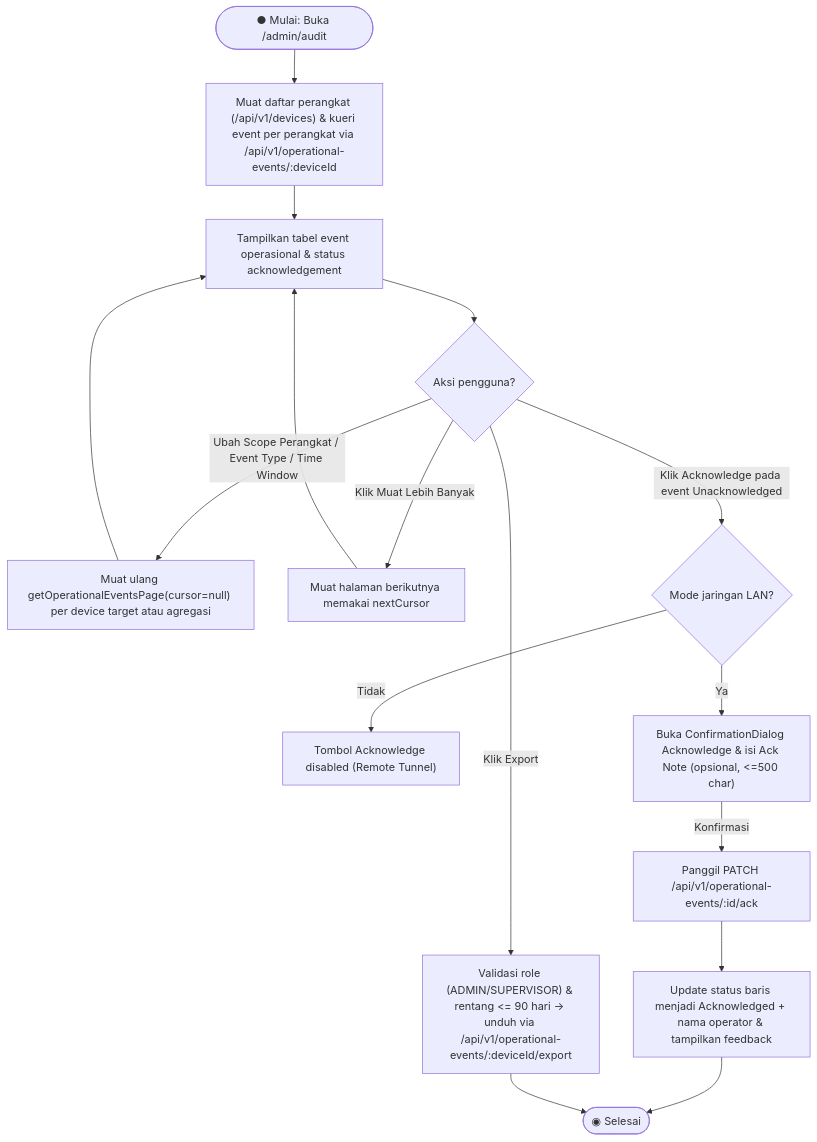
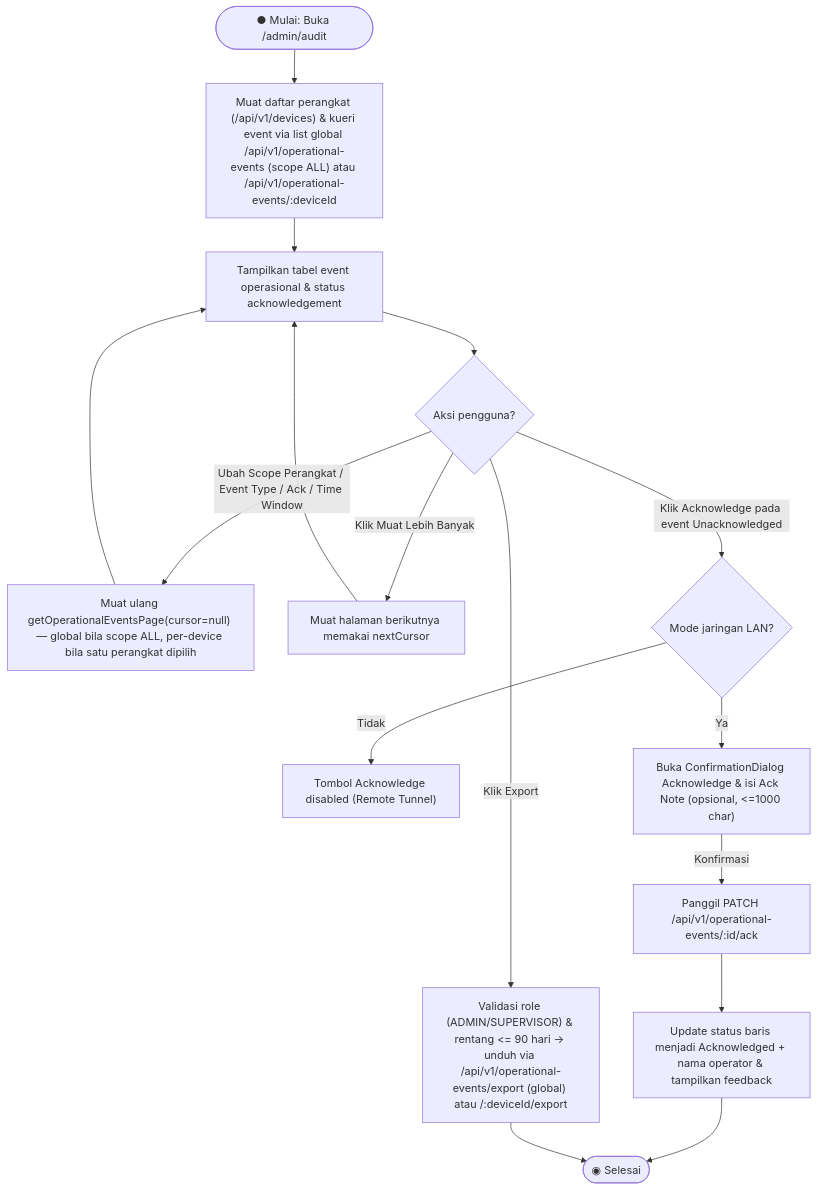
Before and after one commit to affadk/iiot-oee-admin-panel: the fifth of 25 diagrams in PAGE_DOCUMENTATION.md, drawn with Mermaid. The commit also changed other lines of this file and 12 other files, not shown here.

````diff
--- a/PAGE_DOCUMENTATION.md
+++ b/PAGE_DOCUMENTATION.md
@@ -248,22 +258,22 @@
 ```mermaid
 flowchart TD
-    Start(["● Mulai: Buka /admin/audit"]) --> InitLoad["Muat daftar perangkat (/api/v1/devices) & kueri event per perangkat via /api/v1/operational-events/:deviceId"]
+    Start(["● Mulai: Buka /admin/audit"]) --> InitLoad["Muat daftar perangkat (/api/v1/devices) & kueri event via list global /api/v1/operational-events (scope ALL) atau /api/v1/operational-events/:deviceId"]
     InitLoad --> Display["Tampilkan tabel event operasional & status acknowledgement"]
     Display --> Action{"Aksi pengguna?"}
 
-    Action -- Ubah Scope Perangkat / Event Type / Time Window --> Reload["Muat ulang getOperationalEventsPage(cursor=null) per device target atau agregasi"]
+    Action -- Ubah Scope Perangkat / Event Type / Ack / Time Window --> Reload["Muat ulang getOperationalEventsPage(cursor=null) — global bila scope ALL, per-device bila satu perangkat dipilih"]
     Reload --> Display
 
     Action -- "Klik Muat Lebih Banyak" --> LoadNext["Muat halaman berikutnya memakai nextCursor"]
     LoadNext --> Display
 
     Action -- "Klik Acknowledge pada event Unacknowledged" --> CheckMode{"Mode jaringan LAN?"}
     CheckMode -- Tidak --> DisabledAck["Tombol Acknowledge disabled (Remote Tunnel)"]
-    CheckMode -- Ya --> OpenAck["Buka ConfirmationDialog Acknowledge & isi Ack Note (opsional, <=500 char)"]
+    CheckMode -- Ya --> OpenAck["Buka ConfirmationDialog Acknowledge & isi Ack Note (opsional, <=1000 char)"]
     OpenAck -- Konfirmasi --> CallAck["Panggil PATCH /api/v1/operational-events/:id/ack"]
     CallAck --> UpdateEvent["Update status baris menjadi Acknowledged + nama operator & tampilkan feedback"]
     UpdateEvent --> End(["◉ Selesai"])
 
-    Action -- "Klik Export" --> ExportFlow["Validasi role (ADMIN/SUPERVISOR) & rentang <= 90 hari -> unduh via /api/v1/operational-events/:deviceId/export"]
+    Action -- "Klik Export" --> ExportFlow["Validasi role (ADMIN/SUPERVISOR) & rentang <= 90 hari -> unduh via /api/v1/operational-events/export (global) atau /:deviceId/export"]
     ExportFlow --> End
 ```
````
